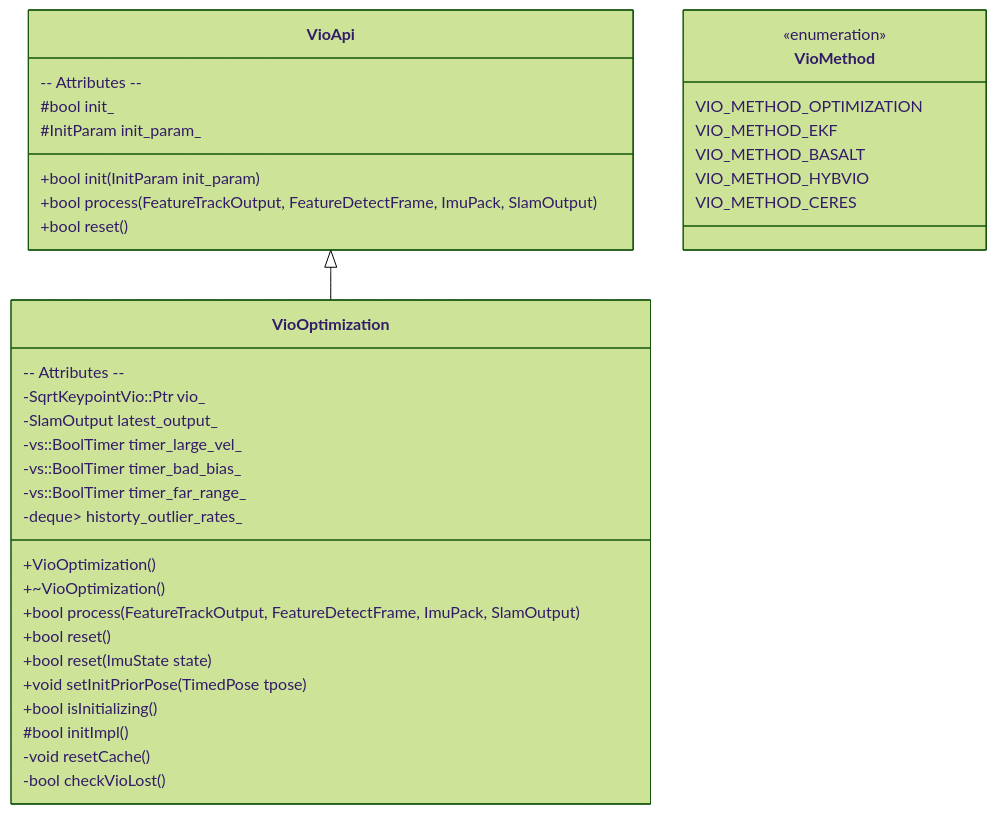
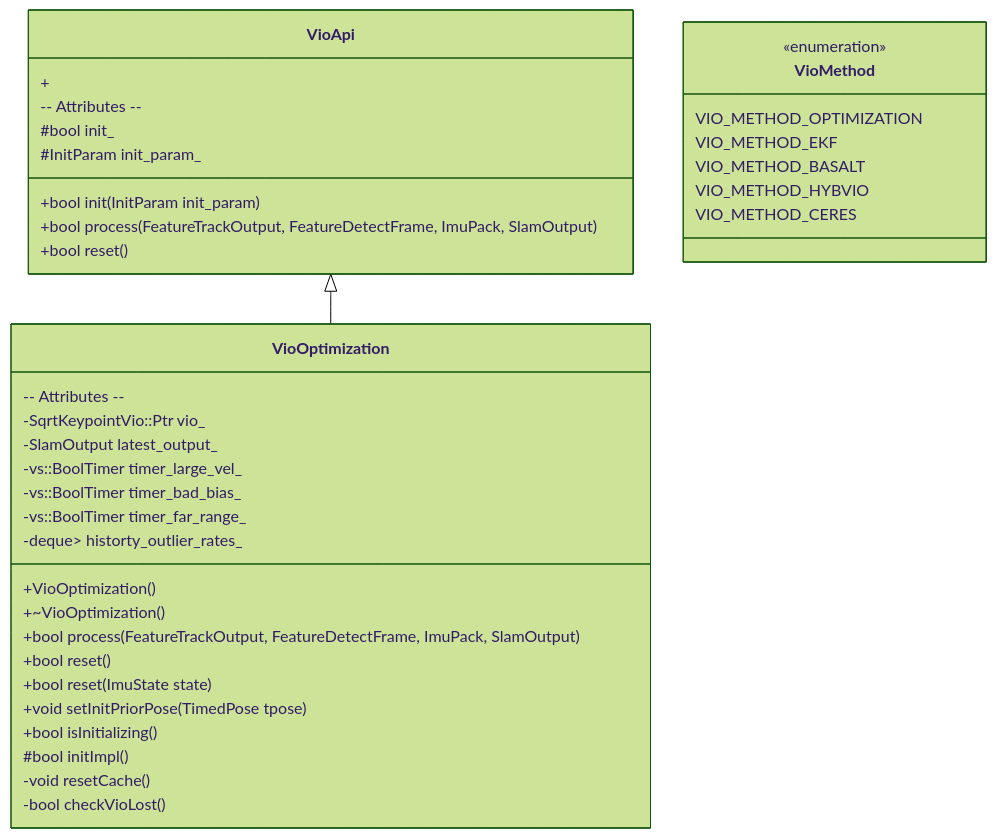
The diagram in all/未命名-2.md (huzixuan1/iodraw-files), drawn with Mermaid (forest theme) before and after one commit.

Commit message:
2025-04-16 20:45:33 update

````diff
--- a/all/未命名-2.md
+++ b/all/未命名-2.md
@@ -1,46 +1,46 @@
 ```mermaid
 classDiagram
 %% 命名空间 xr
 
 class VioApi {
   +bool init(InitParam init_param)
   +bool process(FeatureTrackOutput, FeatureDetectFrame, ImuPack, SlamOutput)
   +bool reset()
-
++
   -- Attributes --
   #bool init_
   #InitParam init_param_
 }
 
 class VioOptimization {
   +VioOptimization()
   +~VioOptimization()
   +bool process(FeatureTrackOutput, FeatureDetectFrame, ImuPack, SlamOutput)
   +bool reset()
   +bool reset(ImuState state)
   +void setInitPriorPose(TimedPose tpose)
   +bool isInitializing()
   #bool initImpl()
   -- Attributes --
   -SqrtKeypointVio::Ptr vio_
   -SlamOutput latest_output_
   -vs::BoolTimer timer_large_vel_
   -vs::BoolTimer timer_bad_bias_
   -vs::BoolTimer timer_far_range_
   -deque<pair<Tsec, float>> historty_outlier_rates_
   -void resetCache()
   -bool checkVioLost()
 }
 
 class VioMethod {
   <<enumeration>>
   VIO_METHOD_OPTIMIZATION
   VIO_METHOD_EKF
   VIO_METHOD_BASALT
   VIO_METHOD_HYBVIO
   VIO_METHOD_CERES
 }
 
 VioApi <|-- VioOptimization
 
 ```
````
